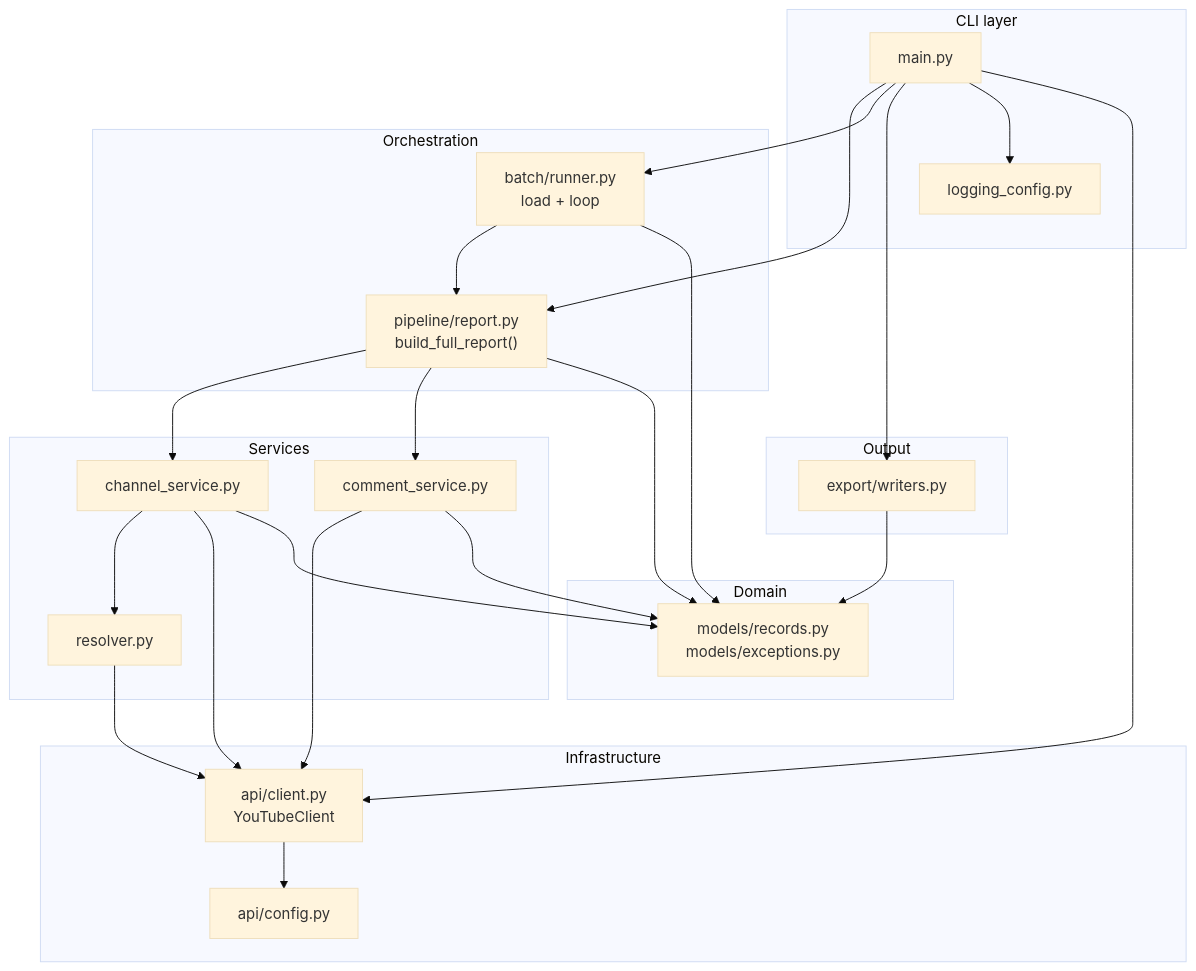
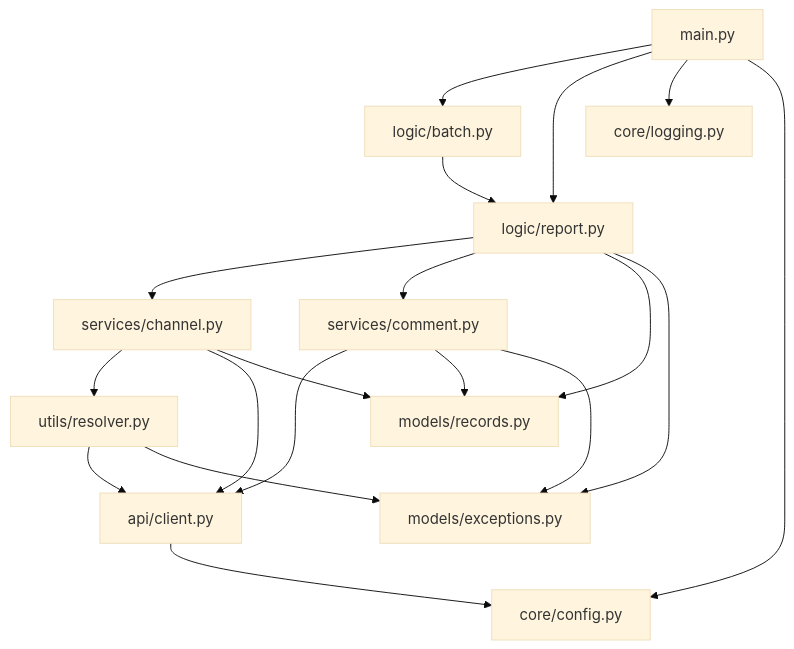
Before and after one commit to kaushalkrishna2000/youtube-bot-analytics: the second of 3 diagrams in README.md, drawn with Mermaid (base theme). The commit also changed other lines of this file and 21 other files, not shown here.

Commit message:
Implement complete YouTube Data API integration: client, services, and batch-processing pipeline

````diff
--- a/README.md
+++ b/README.md
@@ -221,50 +222,21 @@
 ```mermaid
-flowchart TB
-    subgraph cli["CLI layer"]
-        main["main.py"]
-        logcfg["logging_config.py"]
-    end
-
-    subgraph orchestration["Orchestration"]
-        pipeline["pipeline/report.py\nbuild_full_report()"]
-        batch["batch/runner.py\nload + loop"]
-    end
-
-    subgraph services["Services"]
-        resolver["resolver.py"]
-        channel["channel_service.py"]
-        comment["comment_service.py"]
-    end
-
-    subgraph infra["Infrastructure"]
-        client["api/client.py\nYouTubeClient"]
-        config["api/config.py"]
-    end
-
-    subgraph domain["Domain"]
-        models["models/records.py\nmodels/exceptions.py"]
-    end
-
-    subgraph output["Output"]
-        export["export/writers.py"]
-    end
-
-    main --> pipeline
-    main --> batch
-    main --> export
-    main --> logcfg
-    main --> client
-    batch --> pipeline
-    batch --> models
-    pipeline --> channel
-    pipeline --> comment
-    pipeline --> models
-    channel --> resolver
-    channel --> client
-    comment --> client
-    resolver --> client
-    client --> config
-    channel --> models
-    comment --> models
-    export --> models
+graph TD
+    Main[main.py] --> LogicB[logic/batch.py]
+    Main --> LogicR[logic/report.py]
+    Main --> CoreL[core/logging.py]
+    Main --> CoreC[core/config.py]
+    LogicB --> LogicR
+    LogicR --> ServicesCh[services/channel.py]
+    LogicR --> ServicesCo[services/comment.py]
+    LogicR --> ModelsR[models/records.py]
+    LogicR --> ModelsE[models/exceptions.py]
+    ServicesCh --> Utils[utils/resolver.py]
+    ServicesCh --> API[api/client.py]
+    ServicesCh --> ModelsR
+    ServicesCo --> API
+    ServicesCo --> ModelsR
+    ServicesCo --> ModelsE
+    Utils --> API
+    Utils --> ModelsE
+    API --> CoreC
 ```
````
